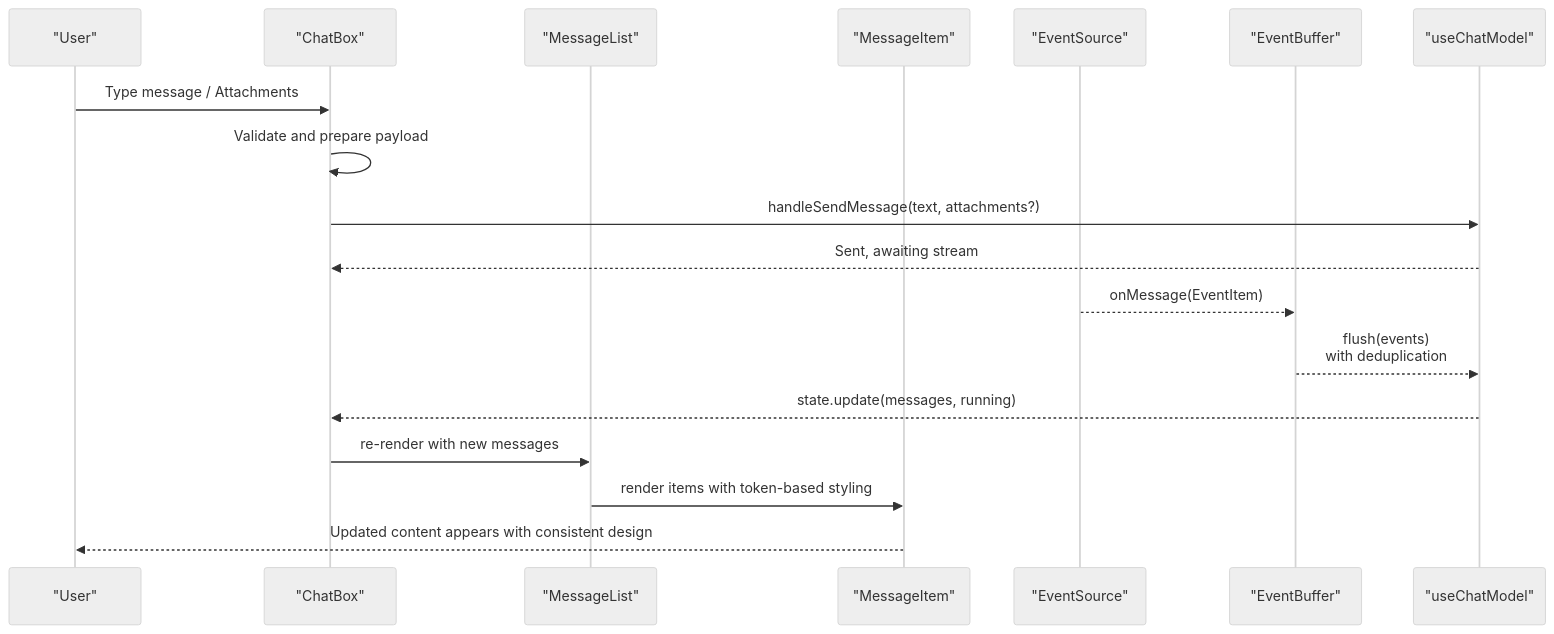
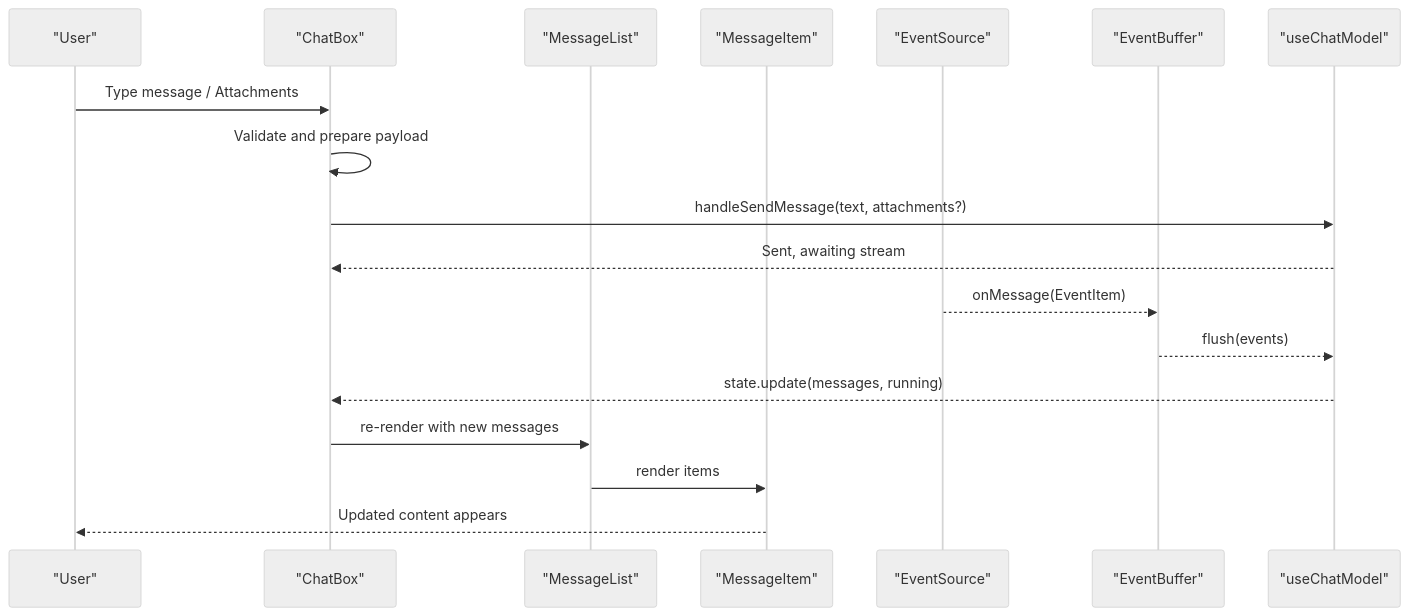
One commit to alibaba/tron-one-agent changed the sixth of 9 diagrams in .qoder/repowiki/en/content/Frontend Architecture/Frontend Architecture.md. Above: the diagram before and after it, drawn with Mermaid (neutral theme). The commit also changed other lines of this file and 13 other files, not shown here.

````diff
--- a/.qoder/repowiki/en/content/Frontend Architecture/Frontend Architecture.md
+++ b/.qoder/repowiki/en/content/Frontend Architecture/Frontend Architecture.md
@@ -408,20 +338,20 @@
 ```mermaid
 sequenceDiagram
 participant U as "User"
 participant CB as "ChatBox"
 participant ML as "MessageList"
 participant MI as "MessageItem"
 participant ES as "EventSource"
 participant BUF as "EventBuffer"
 participant CM as "useChatModel"
 U->>CB : Type message / Attachments
 CB->>CB : Validate and prepare payload
 CB->>CM : handleSendMessage(text, attachments?)
 CM-->>CB : Sent, awaiting stream
 ES-->>BUF : onMessage(EventItem)
-BUF-->>CM : flush(events)<br/>with deduplication
+BUF-->>CM : flush(events)
 CM-->>CB : state.update(messages, running)
 CB->>ML : re-render with new messages
-ML->>MI : render items with token-based styling
-MI-->>U : Updated content appears with consistent design
+ML->>MI : render items
+MI-->>U : Updated content appears
 ```
````
